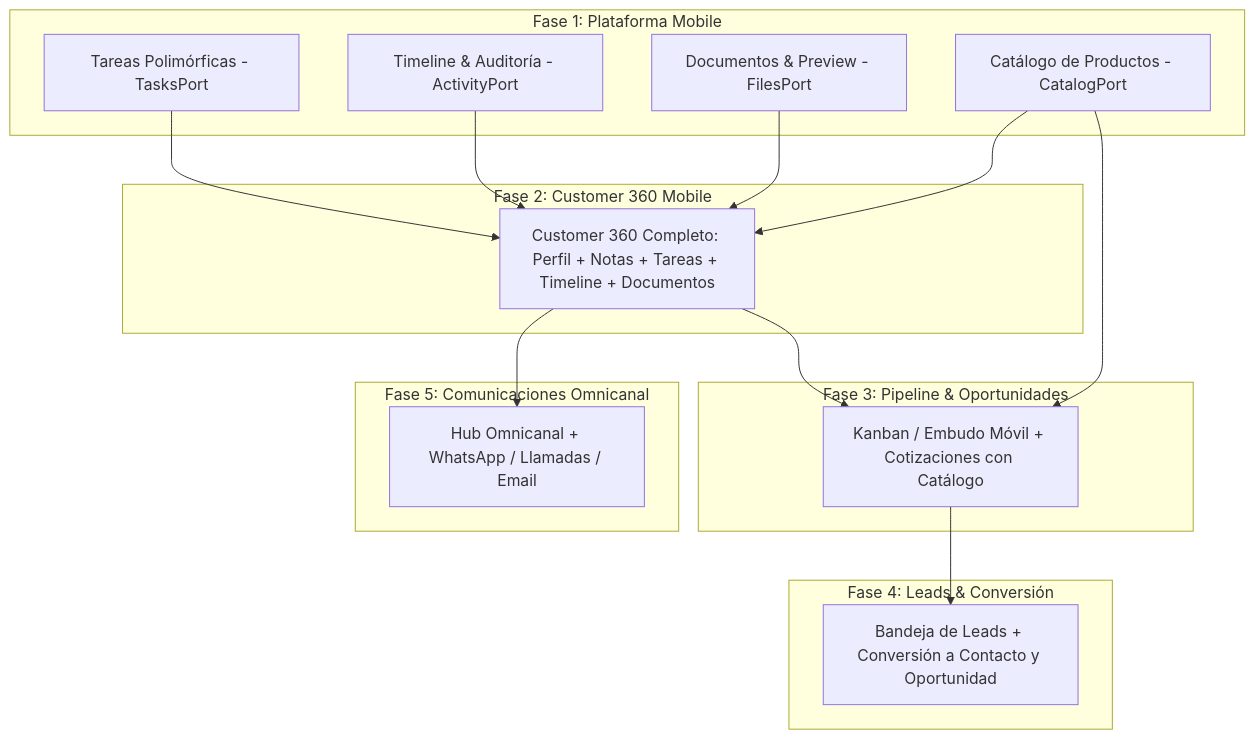
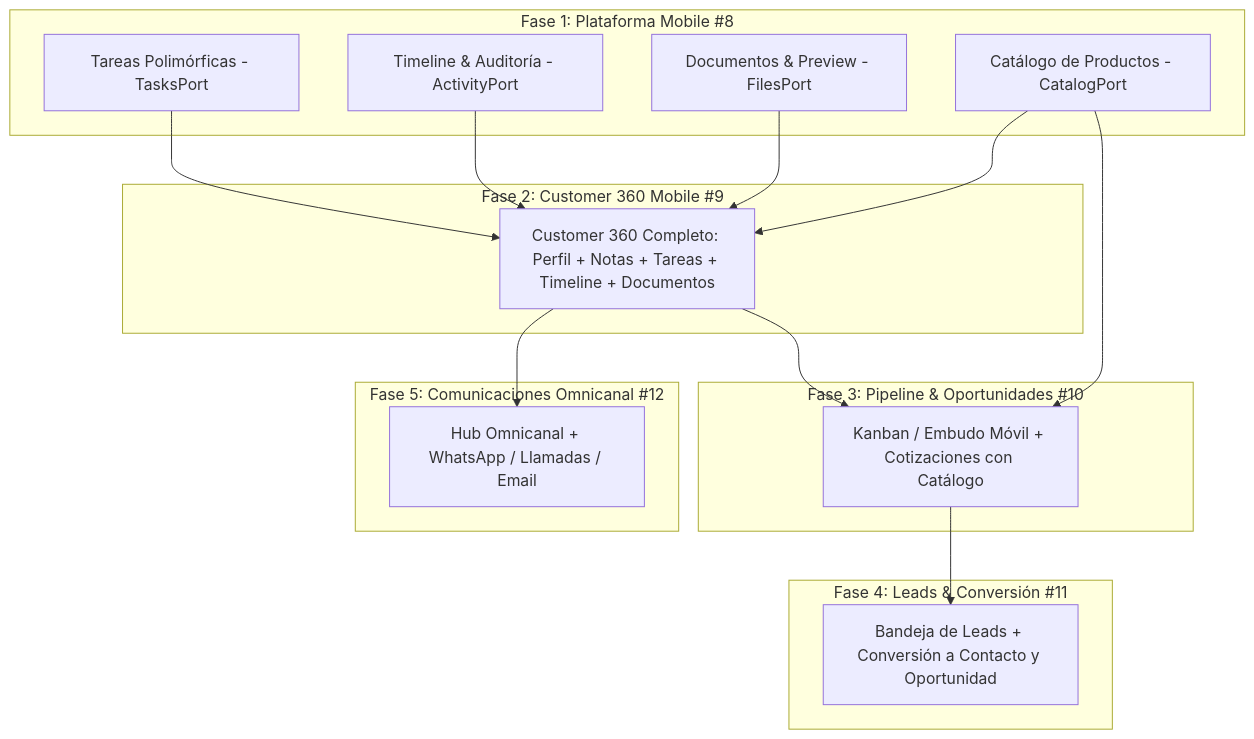
The diagram in docs/06-product/crm/CRM_MULTIPLATFORM_PARITY_ROADMAP.md (minoveaz/loopdev-v2), drawn with Mermaid before and after one commit. The commit also changed other lines of this file, not shown here.

Commit message:
docs(crm): link github issues #8-#12 in roadmap document

````diff
--- a/docs/06-product/crm/CRM_MULTIPLATFORM_PARITY_ROADMAP.md
+++ b/docs/06-product/crm/CRM_MULTIPLATFORM_PARITY_ROADMAP.md
@@ -18,30 +18,30 @@
 ```mermaid
 flowchart TD
-    subgraph Fase 1 [Fase 1: Plataforma Mobile]
+    subgraph Fase 1 [Fase 1: Plataforma Mobile #8]
         P1[Tareas Polimórficas - TasksPort]
         P2[Timeline & Auditoría - ActivityPort]
         P3[Documentos & Preview - FilesPort]
         P4[Catálogo de Productos - CatalogPort]
     end
 
-    subgraph Fase 2 [Fase 2: Customer 360 Mobile]
+    subgraph Fase 2 [Fase 2: Customer 360 Mobile #9]
         C360[Customer 360 Completo: Perfil + Notas + Tareas + Timeline + Documentos]
     end
 
-    subgraph Fase 3 [Fase 3: Pipeline & Oportunidades]
+    subgraph Fase 3 [Fase 3: Pipeline & Oportunidades #10]
         PIPE[Kanban / Embudo Móvil + Cotizaciones con Catálogo]
     end
 
-    subgraph Fase 4 [Fase 4: Leads & Conversión]
+    subgraph Fase 4 [Fase 4: Leads & Conversión #11]
         LEADS[Bandeja de Leads + Conversión a Contacto y Oportunidad]
     end
 
-    subgraph Fase 5 [Fase 5: Comunicaciones Omnicanal]
+    subgraph Fase 5 [Fase 5: Comunicaciones Omnicanal #12]
         COMM[Hub Omnicanal + WhatsApp / Llamadas / Email]
     end
 
     P1 & P2 & P3 & P4 --> C360
     C360 & P4 --> PIPE
     PIPE --> LEADS
     C360 --> COMM
 ```
````
